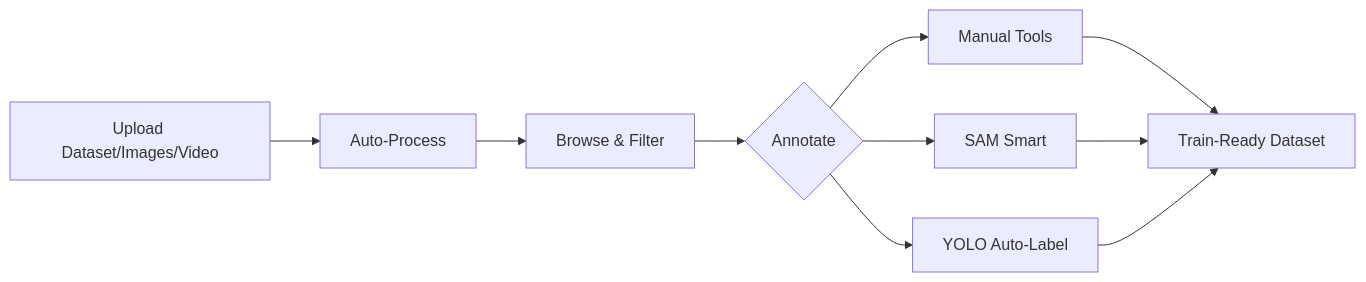
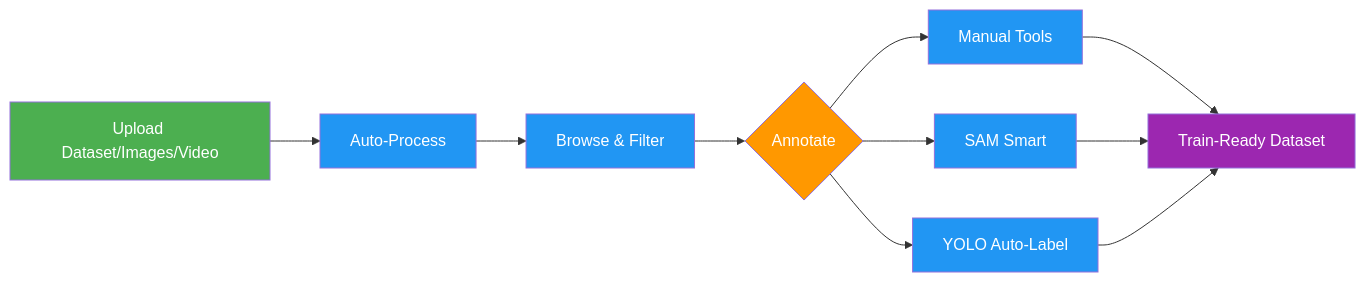
The second of 3 diagrams in docs/en/platform/index.md (Dadalia1917/Yolo-RT-DETR-TrainCode), drawn with Mermaid before and after one commit. The commit also changed other lines of this file and 767 other files, not shown here.

````diff
--- a/docs/en/platform/index.md
+++ b/docs/en/platform/index.md
@@ -110,12 +95,17 @@
 ```mermaid
 graph LR
-    A[Upload Dataset/Images/Video] --> B[Auto-Process]
-    B --> C[Browse & Filter]
-    C --> D{Annotate}
-    D --> E[Manual Tools]
-    D --> F[SAM Smart]
-    D --> G[YOLO Auto-Label]
-    E --> H[Train-Ready Dataset]
+    A[Upload Dataset/Images/Video]:::start --> B[Auto-Process]:::proc
+    B --> C[Browse & Filter]:::proc
+    C --> D{Annotate}:::decide
+    D --> E[Manual Tools]:::proc
+    D --> F[SAM Smart]:::proc
+    D --> G[YOLO Auto-Label]:::proc
+    E --> H[Train-Ready Dataset]:::out
     F --> H
     G --> H
+
+    classDef start fill:#4CAF50,color:#fff
+    classDef proc fill:#2196F3,color:#fff
+    classDef decide fill:#FF9800,color:#fff
+    classDef out fill:#9C27B0,color:#fff
 ```
````
